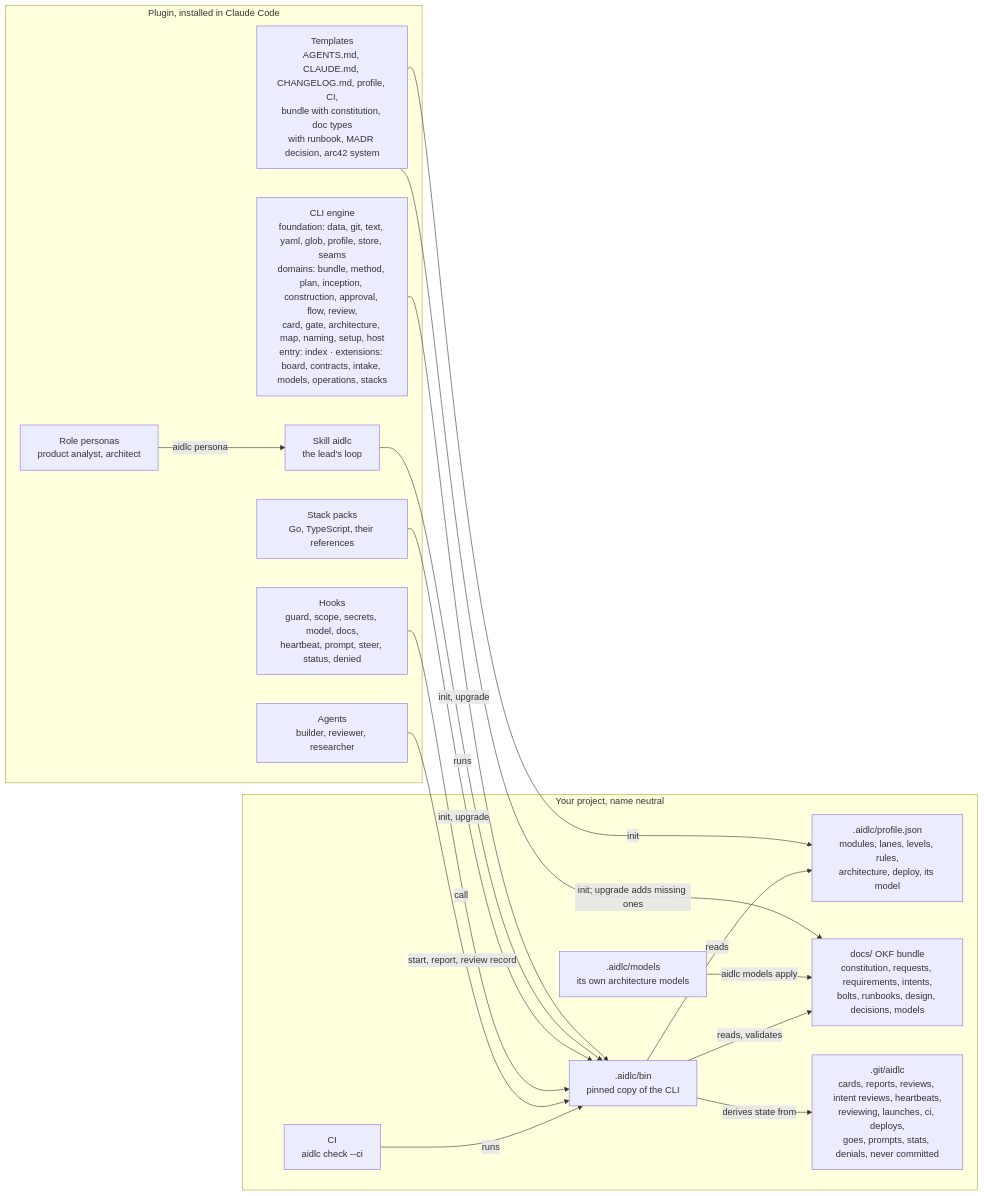
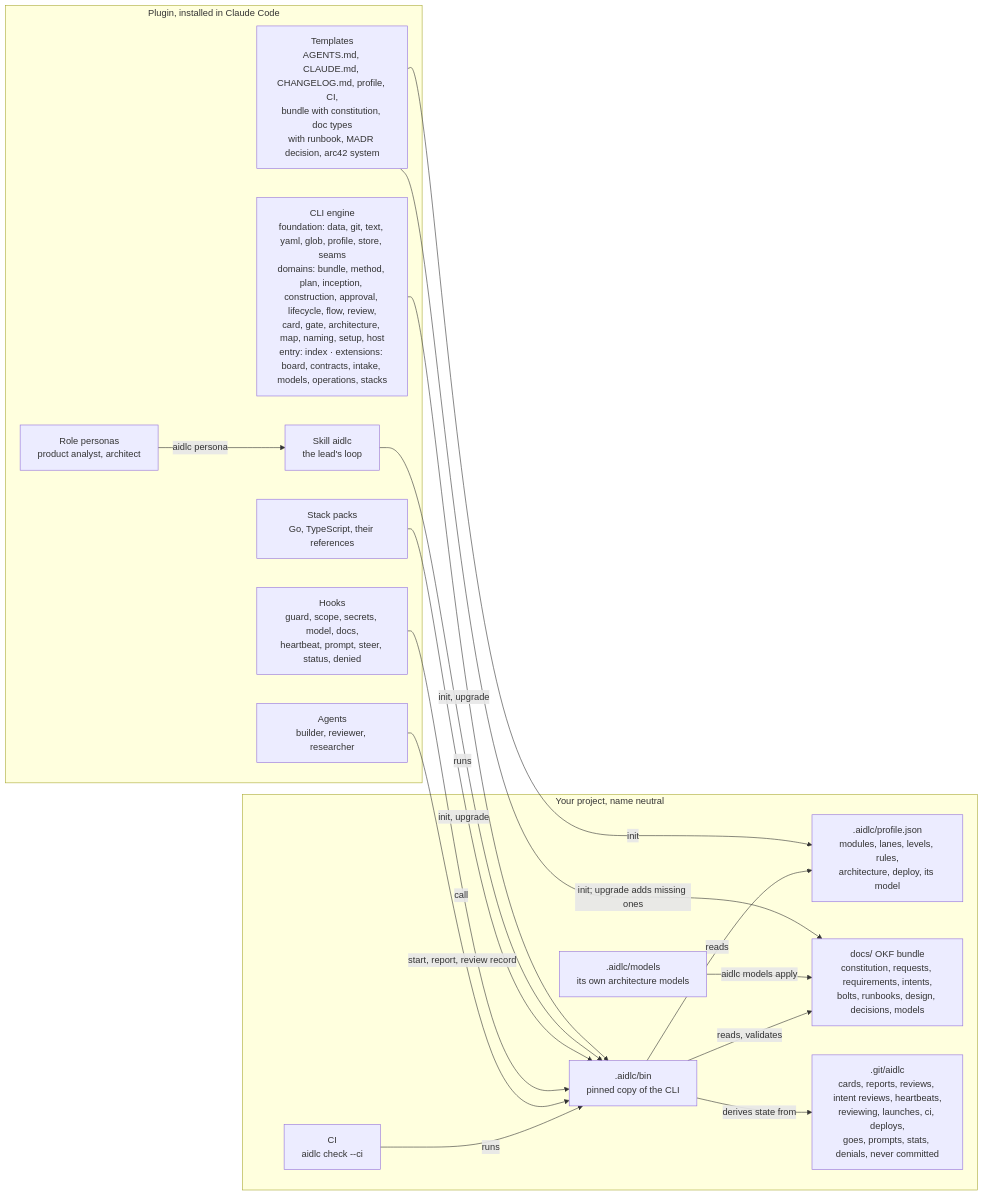
The second of 2 diagrams in README.md (Scrollout/aidlc-team-plugin), drawn with Mermaid before and after one commit. The commit also changed 17 other files, not shown here.

````diff
--- a/README.md
+++ b/README.md
@@ -53,35 +53,35 @@
 ```mermaid
 flowchart LR
   subgraph plugin["Plugin, installed in Claude Code"]
     skill["Skill aidlc<br/>the lead's loop"]
     agents["Agents<br/>builder, reviewer, researcher"]
     personas["Role personas<br/>product analyst, architect"]
     packs["Stack packs<br/>Go, TypeScript, their references"]
     hooks["Hooks<br/>guard, scope, secrets, model, docs,<br/>heartbeat, prompt, steer, status, denied"]
-    cli["CLI engine<br/>foundation: data, git, text, yaml, glob, profile, store, seams<br/>domains: bundle, method, plan, inception, construction, approval, flow, review,<br/>card, gate, architecture, map, naming, setup, host<br/>entry: index · extensions: board, contracts, intake, models, operations, stacks"]
+    cli["CLI engine<br/>foundation: data, git, text, yaml, glob, profile, store, seams<br/>domains: bundle, method, plan, inception, construction, approval, lifecycle, flow, review,<br/>card, gate, architecture, map, naming, setup, host<br/>entry: index · extensions: board, contracts, intake, models, operations, stacks"]
     templates["Templates<br/>AGENTS.md, CLAUDE.md, CHANGELOG.md, profile, CI,<br/>bundle with constitution, doc types<br/>with runbook, MADR decision, arc42 system"]
   end
 
   subgraph project["Your project, name neutral"]
     profile[".aidlc/profile.json<br/>modules, lanes, levels, rules,<br/>architecture, deploy, its model"]
     bin[".aidlc/bin<br/>pinned copy of the CLI"]
     models[".aidlc/models<br/>its own architecture models"]
     docs["docs/ OKF bundle<br/>constitution, requests, requirements, intents,<br/>bolts, runbooks, design, decisions, models"]
     runtime[".git/aidlc<br/>cards, reports, reviews, intent reviews, heartbeats,<br/>reviewing, launches, ci, deploys,<br/>goes, prompts, stats, denials, never committed"]
     ci["CI<br/>aidlc check --ci"]
   end
 
   templates -- "init" --> profile
   templates -- "init; upgrade adds missing ones" --> docs
   cli -- "init, upgrade" --> bin
   skill -- "runs" --> bin
   personas -- "aidlc persona" --> skill
   models -- "aidlc models apply" --> docs
   packs -- "init, upgrade" --> bin
   hooks -- "call" --> bin
   agents -- "start, report, review record" --> bin
   ci -- "runs" --> bin
   bin -- "reads, validates" --> docs
   bin -- "reads" --> profile
   bin -- "derives state from" --> runtime
 ```
````
